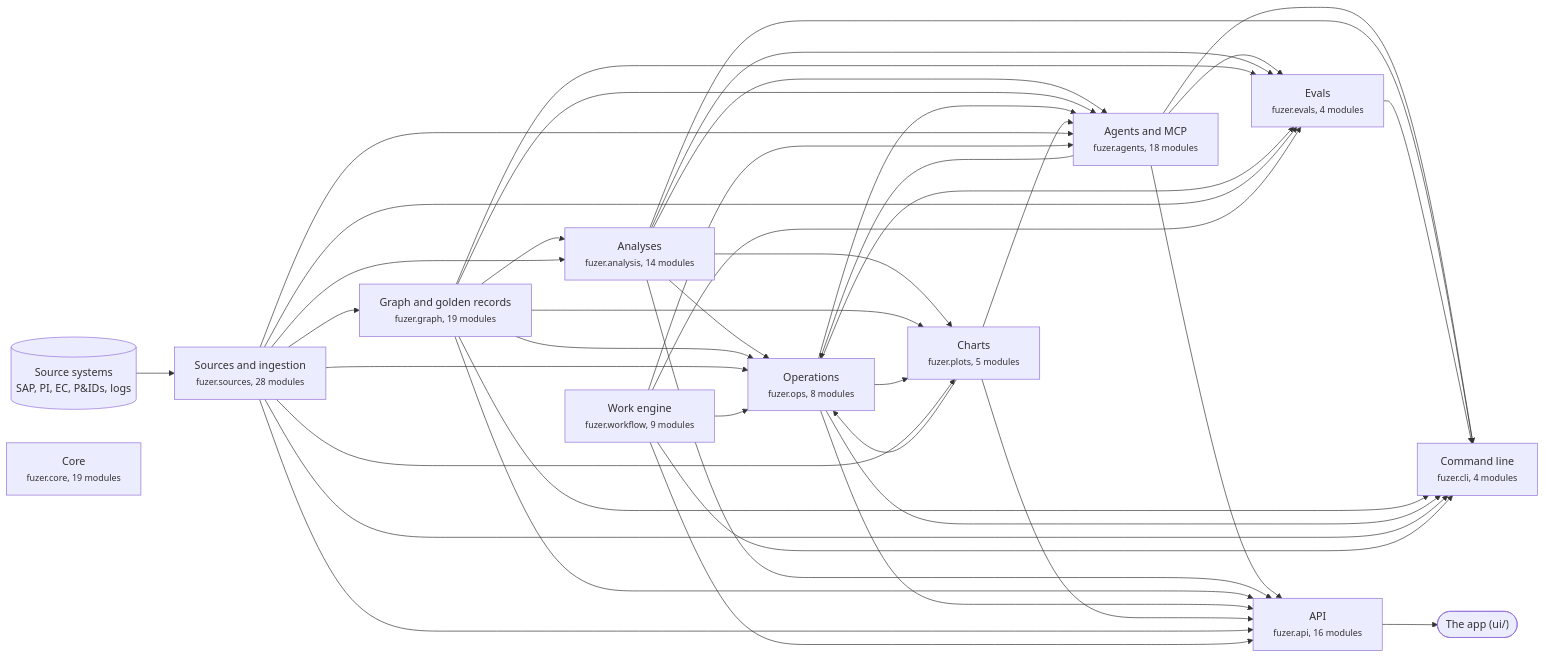
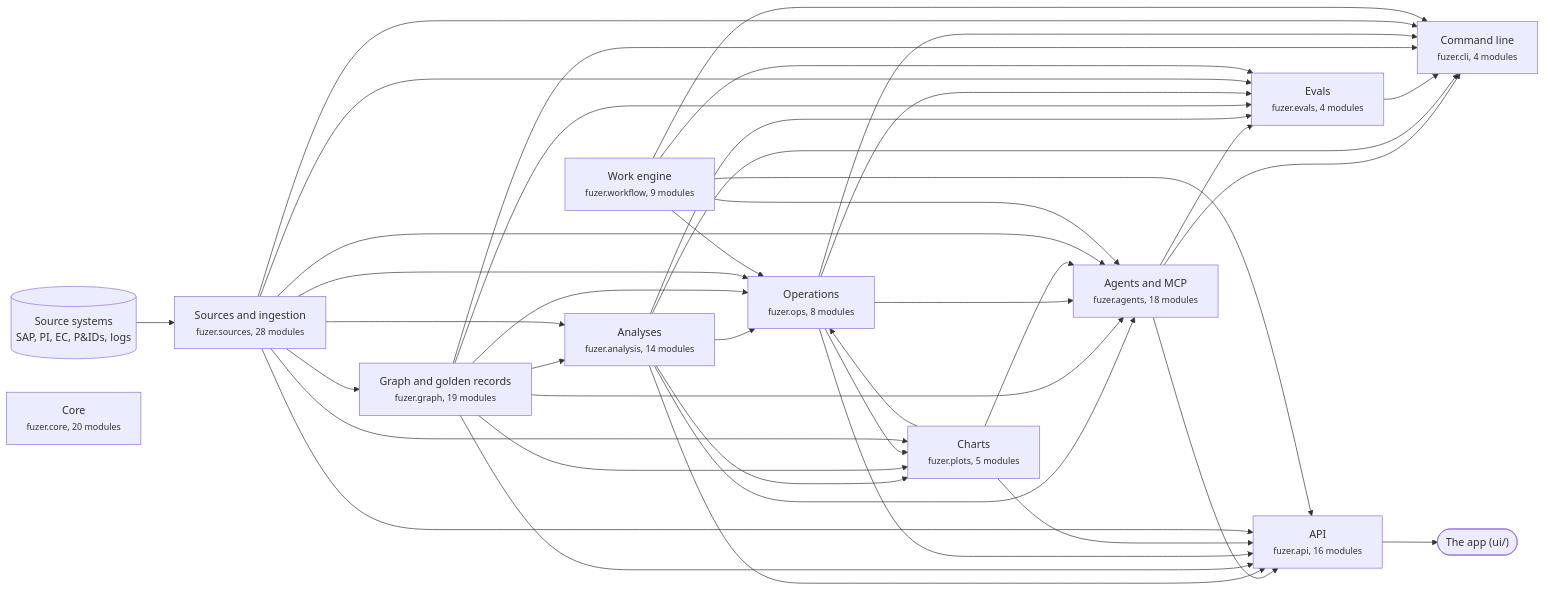
The first of 3 diagrams in docs/architecture.md (areed145/fuzer), drawn with Mermaid before and after one commit. The commit also changed other lines of this file and 5 other files, not shown here.

````diff
--- a/docs/architecture.md
+++ b/docs/architecture.md
@@ -8,67 +8,66 @@
 ```mermaid
 flowchart LR
   systems[("Source systems<br>SAP, PI, EC, P&IDs, logs")] --> c_sources
   app(["The app (ui/)"])
   c_api --> app
   c_sources["Sources and ingestion<br><small>fuzer.sources, 28 modules</small>"]
   c_graph["Graph and golden records<br><small>fuzer.graph, 19 modules</small>"]
   c_analysis["Analyses<br><small>fuzer.analysis, 14 modules</small>"]
   c_ops["Operations<br><small>fuzer.ops, 8 modules</small>"]
   c_plots["Charts<br><small>fuzer.plots, 5 modules</small>"]
   c_workflow["Work engine<br><small>fuzer.workflow, 9 modules</small>"]
   c_agents["Agents and MCP<br><small>fuzer.agents, 18 modules</small>"]
   c_evals["Evals<br><small>fuzer.evals, 4 modules</small>"]
   c_api["API<br><small>fuzer.api, 16 modules</small>"]
   c_cli["Command line<br><small>fuzer.cli, 4 modules</small>"]
-  c_core["Core<br><small>fuzer.core, 19 modules</small>"]
+  c_core["Core<br><small>fuzer.core, 20 modules</small>"]
   c_sources --> c_graph
   c_graph --> c_analysis
   c_sources --> c_analysis
-  c_agents --> c_ops
   c_analysis --> c_ops
   c_graph --> c_ops
   c_plots --> c_ops
   c_sources --> c_ops
   c_workflow --> c_ops
   c_analysis --> c_plots
   c_graph --> c_plots
   c_ops --> c_plots
   c_sources --> c_plots
   c_analysis --> c_agents
   c_graph --> c_agents
   c_ops --> c_agents
   c_plots --> c_agents
   c_sources --> c_agents
   c_workflow --> c_agents
   c_agents --> c_evals
   c_analysis --> c_evals
   c_graph --> c_evals
   c_ops --> c_evals
   c_sources --> c_evals
   c_workflow --> c_evals
   c_agents --> c_api
   c_analysis --> c_api
   c_graph --> c_api
   c_ops --> c_api
   c_plots --> c_api
   c_sources --> c_api
   c_workflow --> c_api
   c_agents --> c_cli
   c_analysis --> c_cli
   c_evals --> c_cli
   c_graph --> c_cli
   c_ops --> c_cli
   c_sources --> c_cli
   c_workflow --> c_cli
   click c_sources "https://github.com/areed145/fuzer/tree/main/src/fuzer/sources"
   click c_graph "https://github.com/areed145/fuzer/tree/main/src/fuzer/graph"
   click c_analysis "https://github.com/areed145/fuzer/tree/main/src/fuzer/analysis"
   click c_ops "https://github.com/areed145/fuzer/tree/main/src/fuzer/ops"
   click c_plots "https://github.com/areed145/fuzer/tree/main/src/fuzer/plots"
   click c_workflow "https://github.com/areed145/fuzer/tree/main/src/fuzer/workflow"
   click c_agents "https://github.com/areed145/fuzer/tree/main/src/fuzer/agents"
   click c_evals "https://github.com/areed145/fuzer/tree/main/src/fuzer/evals"
   click c_api "https://github.com/areed145/fuzer/tree/main/src/fuzer/api"
   click c_cli "https://github.com/areed145/fuzer/tree/main/src/fuzer/cli"
   click c_core "https://github.com/areed145/fuzer/tree/main/src/fuzer/core"
 ```
````
